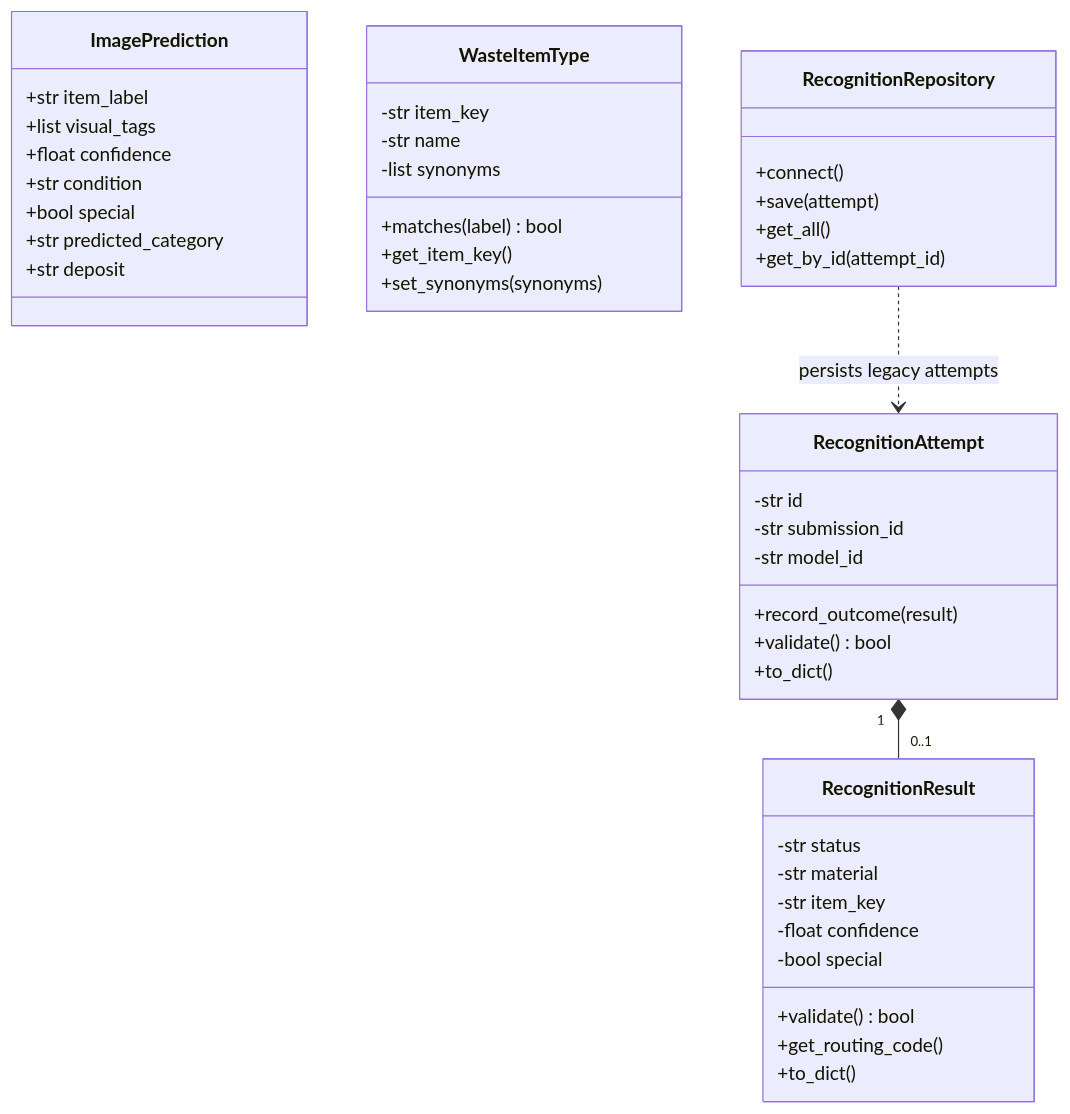
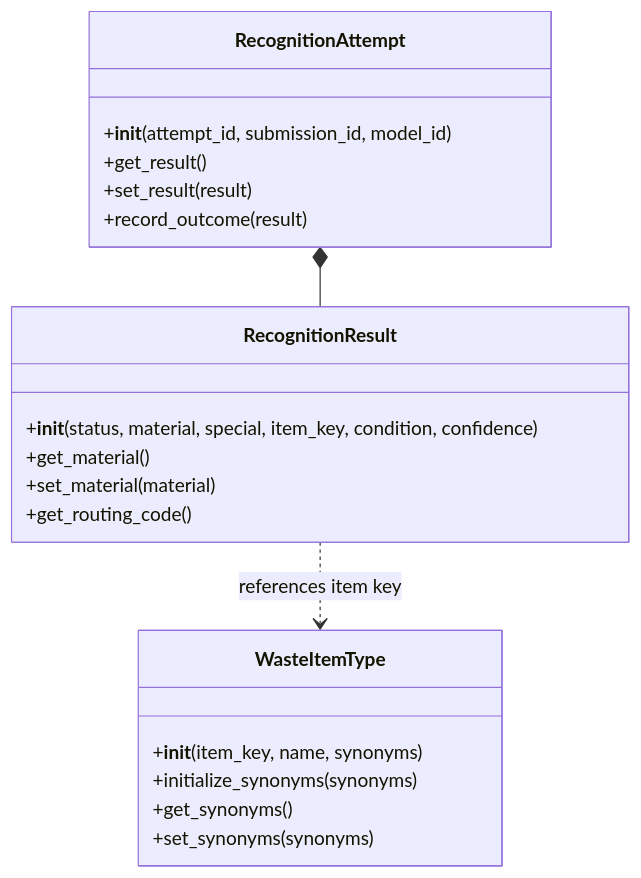
The second of 4 diagrams in README.md (adelbasalama/Resort), drawn with Mermaid before and after one commit. The commit also changed other lines of this file and 93 other files, not shown here.

Commit message:
Limit assignment 1 to the OOP classes and diagrams

````diff
--- a/README.md
+++ b/README.md
@@ -272,46 +59,23 @@
 ```mermaid
 classDiagram
-    class ImagePrediction {
-        +str item_label
-        +list visual_tags
-        +float confidence
-        +str condition
-        +bool special
-        +str predicted_category
-        +str deposit
-    }
     class WasteItemType {
-        -str item_key
-        -str name
-        -list synonyms
-        +matches(label) bool
-        +get_item_key()
+        +__init__(item_key, name, synonyms)
+        +initialize_synonyms(synonyms)
+        +get_synonyms()
         +set_synonyms(synonyms)
     }
     class RecognitionResult {
-        -str status
-        -str material
-        -str item_key
-        -float confidence
-        -bool special
-        +validate() bool
+        +__init__(status, material, special, item_key, condition, confidence)
+        +get_material()
+        +set_material(material)
         +get_routing_code()
-        +to_dict()
     }
     class RecognitionAttempt {
-        -str id
-        -str submission_id
-        -str model_id
+        +__init__(attempt_id, submission_id, model_id)
+        +get_result()
+        +set_result(result)
         +record_outcome(result)
-        +validate() bool
-        +to_dict()
     }
-    class RecognitionRepository {
-        +connect()
-        +save(attempt)
-        +get_all()
-        +get_by_id(attempt_id)
-    }
-    RecognitionAttempt "1" *-- "0..1" RecognitionResult
-    RecognitionRepository ..> RecognitionAttempt : persists legacy attempts
+    RecognitionAttempt *-- RecognitionResult
+    RecognitionResult ..> WasteItemType : references item key
 ```
````
